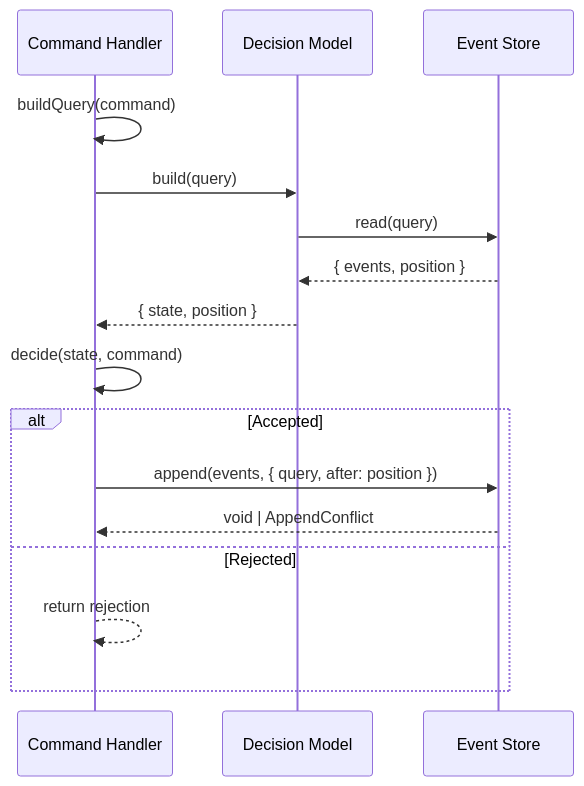
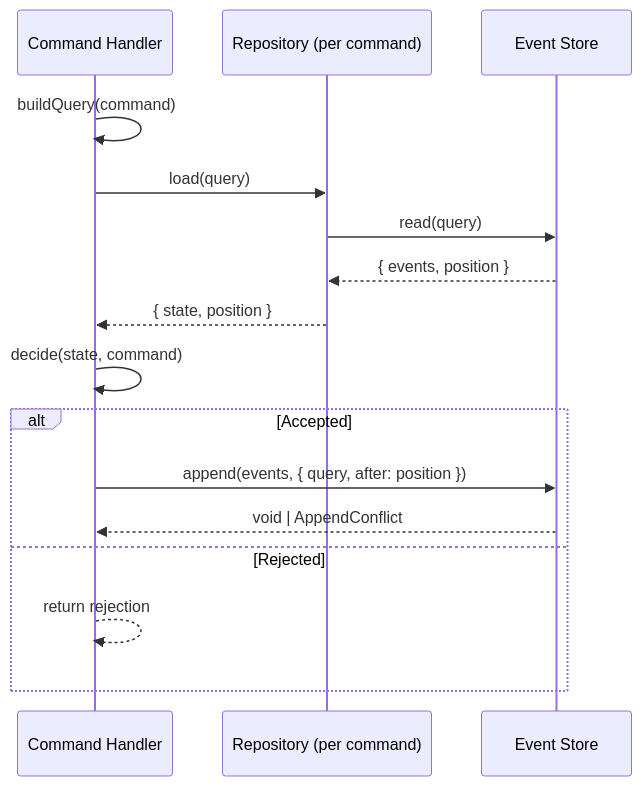
One commit to jvhellemondt/arts-and-crafts.ts changed the diagram in packages/v5/docs/adr/0014-dynamic-consistency-boundaries.md. Above: the diagram before and after it, drawn with Mermaid. The commit also changed other lines of this file and 26 other files, not shown here.

First line of the commit message:
refactor(v5): one repository per command with per-command state

````diff
--- a/packages/v5/docs/adr/0014-dynamic-consistency-boundaries.md
+++ b/packages/v5/docs/adr/0014-dynamic-consistency-boundaries.md
@@ -83,18 +83,18 @@
 ```mermaid
 sequenceDiagram
     participant H as Command Handler
-    participant D as Decision Model
+    participant R as Repository (per command)
     participant S as Event Store
     H->>H: buildQuery(command)
-    H->>D: build(query)
-    D->>S: read(query)
-    S-->>D: { events, position }
-    D-->>H: { state, position }
+    H->>R: load(query)
+    R->>S: read(query)
+    S-->>R: { events, position }
+    R-->>H: { state, position }
     H->>H: decide(state, command)
     alt Accepted
         H->>S: append(events, { query, after: position })
         S-->>H: void | AppendConflict
     else Rejected
         H-->>H: return rejection
     end
 ```
````
